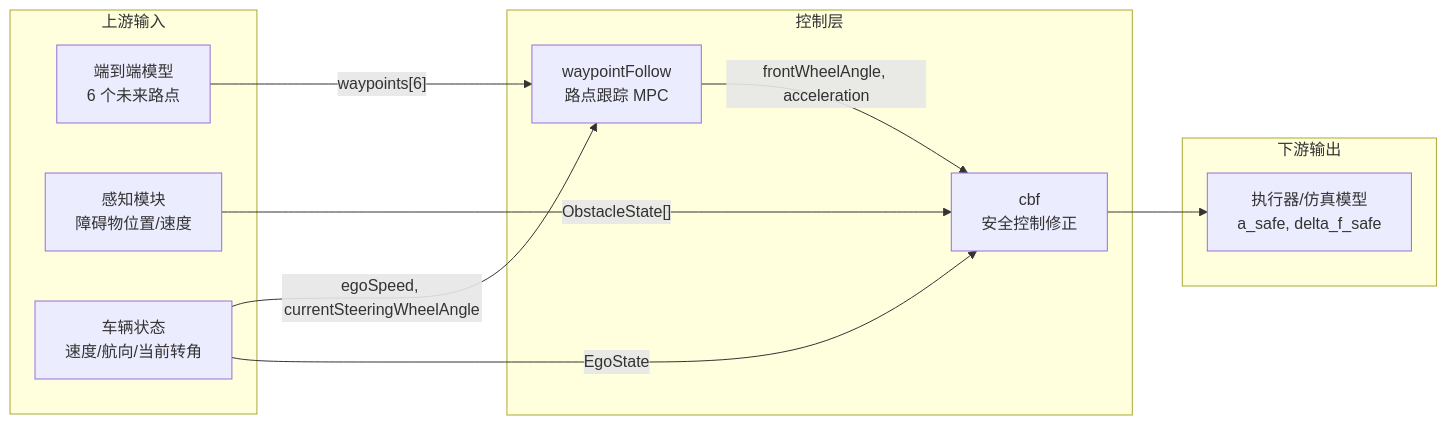
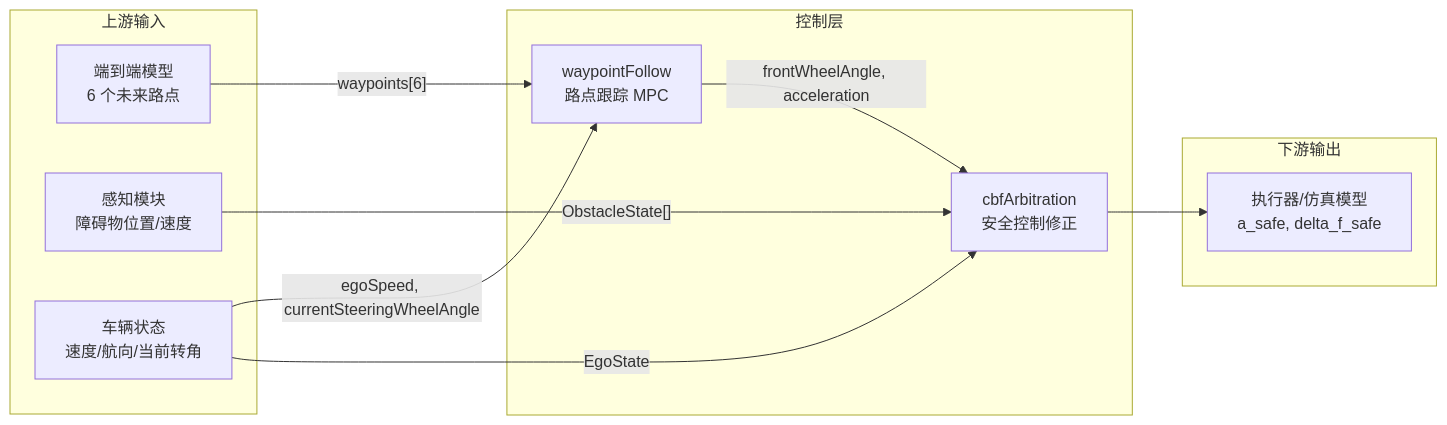
The first of 4 diagrams in README.md (lzbones/gaasdDemo), drawn with Mermaid before and after one commit. The commit also changed other lines of this file and 6 other files, not shown here.

````diff
--- a/README.md
+++ b/README.md
@@ -13,24 +13,24 @@
 ```mermaid
 graph LR
     subgraph 上游输入
         E2E[端到端模型<br/>6 个未来路点]
         PER[感知模块<br/>障碍物位置/速度]
         EGO[车辆状态<br/>速度/航向/当前转角]
     end
 
     subgraph 控制层
         WF[waypointFollow<br/>路点跟踪 MPC]
-        CBF[cbf<br/>安全控制修正]
+        CBF[cbfArbitration<br/>安全控制修正]
     end
 
     subgraph 下游输出
         ACT[执行器/仿真模型<br/>a_safe, delta_f_safe]
     end
 
     E2E -->|"waypoints[6]"| WF
     EGO -->|"egoSpeed, currentSteeringWheelAngle"| WF
     EGO -->|"EgoState"| CBF
     PER -->|"ObstacleState[]"| CBF
     WF -->|"frontWheelAngle, acceleration"| CBF
     CBF --> ACT
 ```
````
